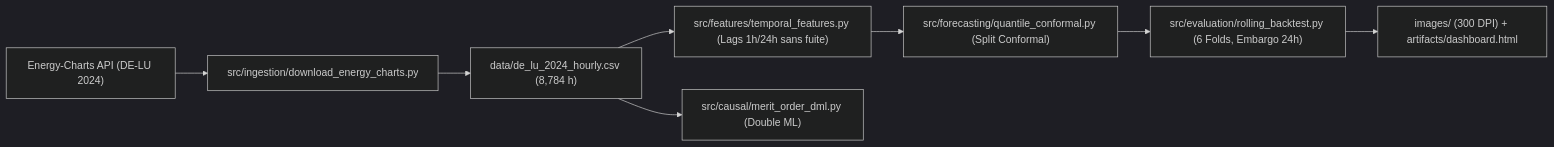
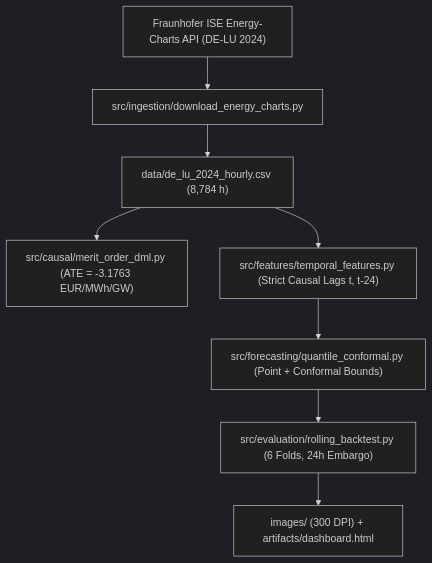
Before and after one commit to elm-as/ERGF: the diagram in README.md, drawn with Mermaid (dark theme). The commit also changed other lines of this file, not shown here.

````diff
--- a/README.md
+++ b/README.md
@@ -76,10 +92,10 @@
 ```mermaid
-flowchart LR
-    API["Energy-Charts API (DE-LU 2024)"] --> ING["src/ingestion/download_energy_charts.py"]
-    ING --> CSV["data/de_lu_2024_hourly.csv (8,784 h)"]
-    CSV --> FEAT["src/features/temporal_features.py (Lags 1h/24h sans fuite)"]
-    CSV --> CAUS["src/causal/merit_order_dml.py (Double ML)"]
-    FEAT --> FORE["src/forecasting/quantile_conformal.py (Split Conformal)"]
-    FORE --> EVAL["src/evaluation/rolling_backtest.py (6 Folds, Embargo 24h)"]
+flowchart TD
+    API["Fraunhofer ISE Energy-Charts API (DE-LU 2024)"] --> DL["src/ingestion/download_energy_charts.py"]
+    DL --> CSV["data/de_lu_2024_hourly.csv (8,784 h)"]
+    CSV --> CAUS["src/causal/merit_order_dml.py (ATE = -3.1763 EUR/MWh/GW)"]
+    CSV --> FEAT["src/features/temporal_features.py (Strict Causal Lags t, t-24)"]
+    FEAT --> FORE["src/forecasting/quantile_conformal.py (Point + Conformal Bounds)"]
+    FORE --> EVAL["src/evaluation/rolling_backtest.py (6 Folds, 24h Embargo)"]
     EVAL --> VIS["images/ (300 DPI) + artifacts/dashboard.html"]
 ```
````
